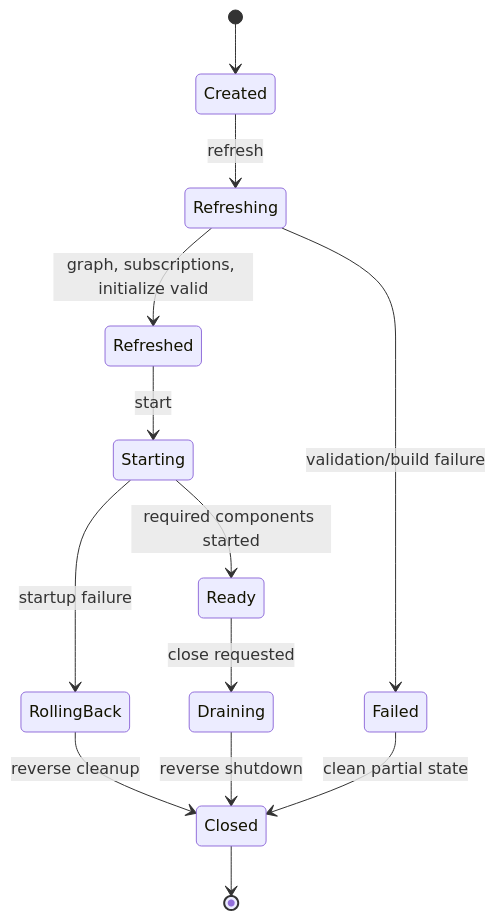
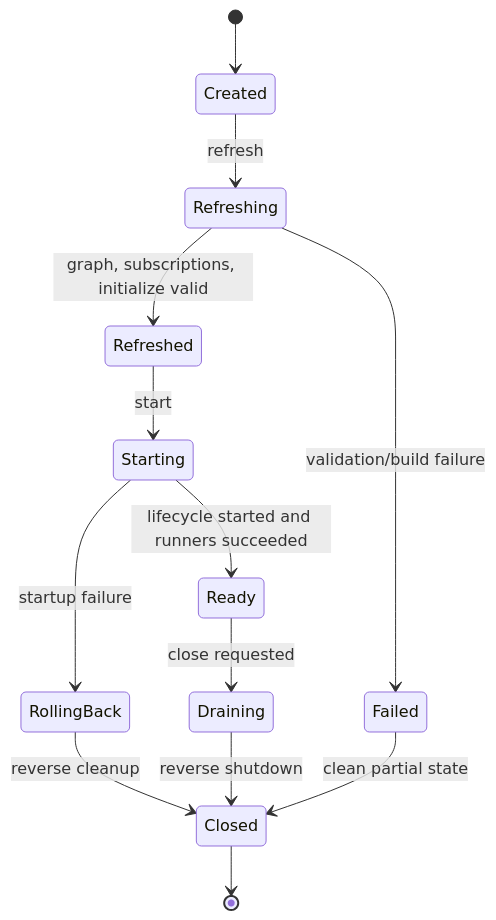
Before and after one commit to easy-4-rust/vernal: diagram 16 of 25 in docs/Vernal-Architecture.md, drawn with Mermaid. The commit also changed other lines of this file and 36 other files, not shown here.

````diff
--- a/docs/Vernal-Architecture.md
+++ b/docs/Vernal-Architecture.md
@@ -1090,15 +1093,15 @@
 ```mermaid
 stateDiagram-v2
     [*] --> Created
     Created --> Refreshing: refresh
     Refreshing --> Refreshed: graph, subscriptions, initialize valid
     Refreshing --> Failed: validation/build failure
     Refreshed --> Starting: start
-    Starting --> Ready: required components started
+    Starting --> Ready: lifecycle started and runners succeeded
     Starting --> RollingBack: startup failure
     Ready --> Draining: close requested
     RollingBack --> Closed: reverse cleanup
     Draining --> Closed: reverse shutdown
     Failed --> Closed: clean partial state
     Closed --> [*]
 ```
````
